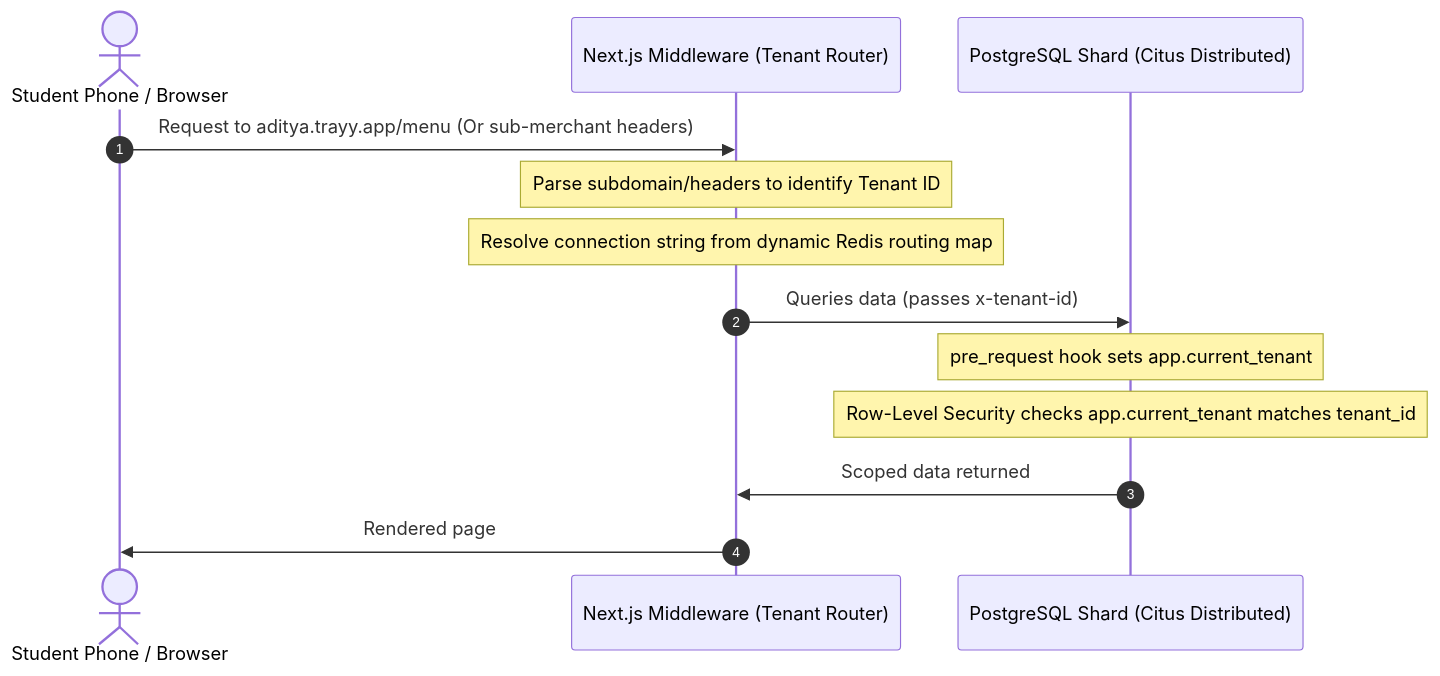
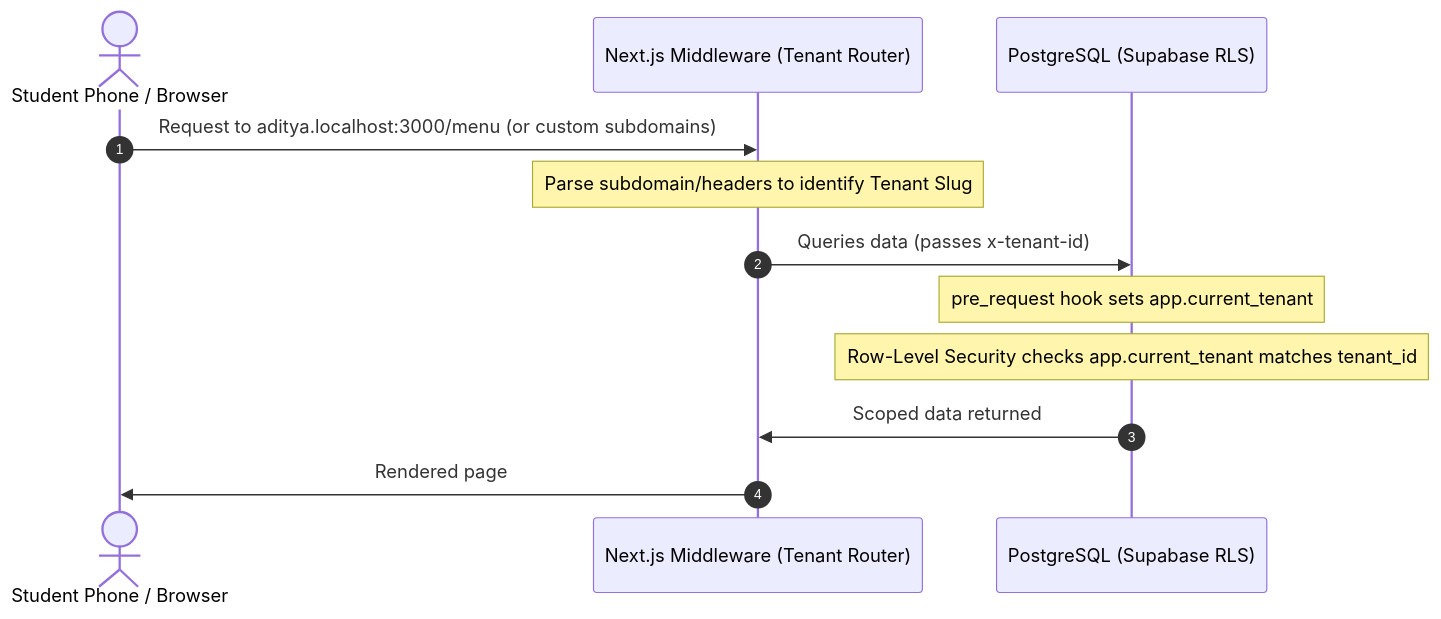
One commit to thribhuvan003/Tray changed the diagram in README.md. Above: the diagram before and after it, drawn with Mermaid. The commit also changed other lines of this file and 7 other files, not shown here.

````diff
--- a/README.md
+++ b/README.md
@@ -14,16 +14,15 @@
 ```mermaid
 sequenceDiagram
     autonumber
     actor Client as Student Phone / Browser
     participant Middleware as Next.js Middleware (Tenant Router)
-    participant Database as PostgreSQL Shard (Citus Distributed)
+    participant Database as PostgreSQL (Supabase RLS)
 
-    Client->>Middleware: Request to aditya.trayy.app/menu (Or sub-merchant headers)
-    Note over Middleware: Parse subdomain/headers to identify Tenant ID
-    Note over Middleware: Resolve connection string from dynamic Redis routing map
+    Client->>Middleware: Request to aditya.localhost:3000/menu (or custom subdomains)
+    Note over Middleware: Parse subdomain/headers to identify Tenant Slug
     Middleware->>Database: Queries data (passes x-tenant-id)
     Note over Database: pre_request hook sets app.current_tenant
     Note over Database: Row-Level Security checks app.current_tenant matches tenant_id
     Database->>Middleware: Scoped data returned
     Middleware->>Client: Rendered page
 ```
````
